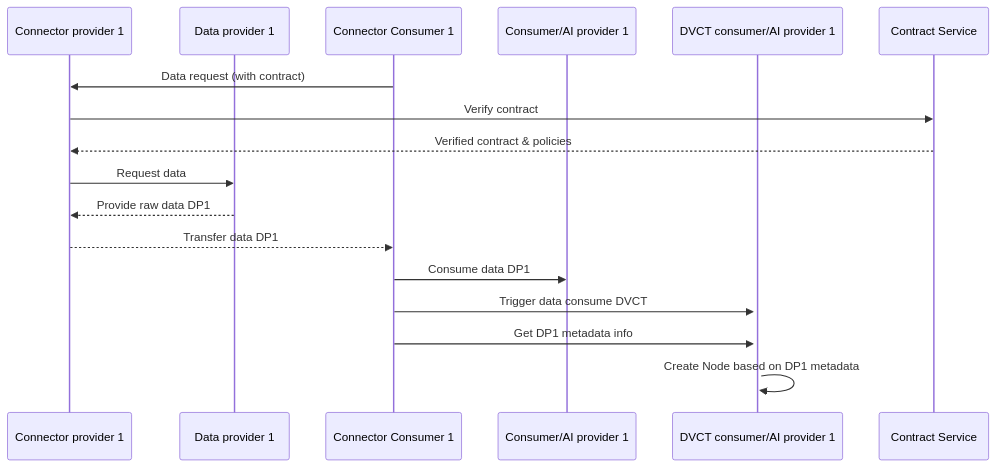
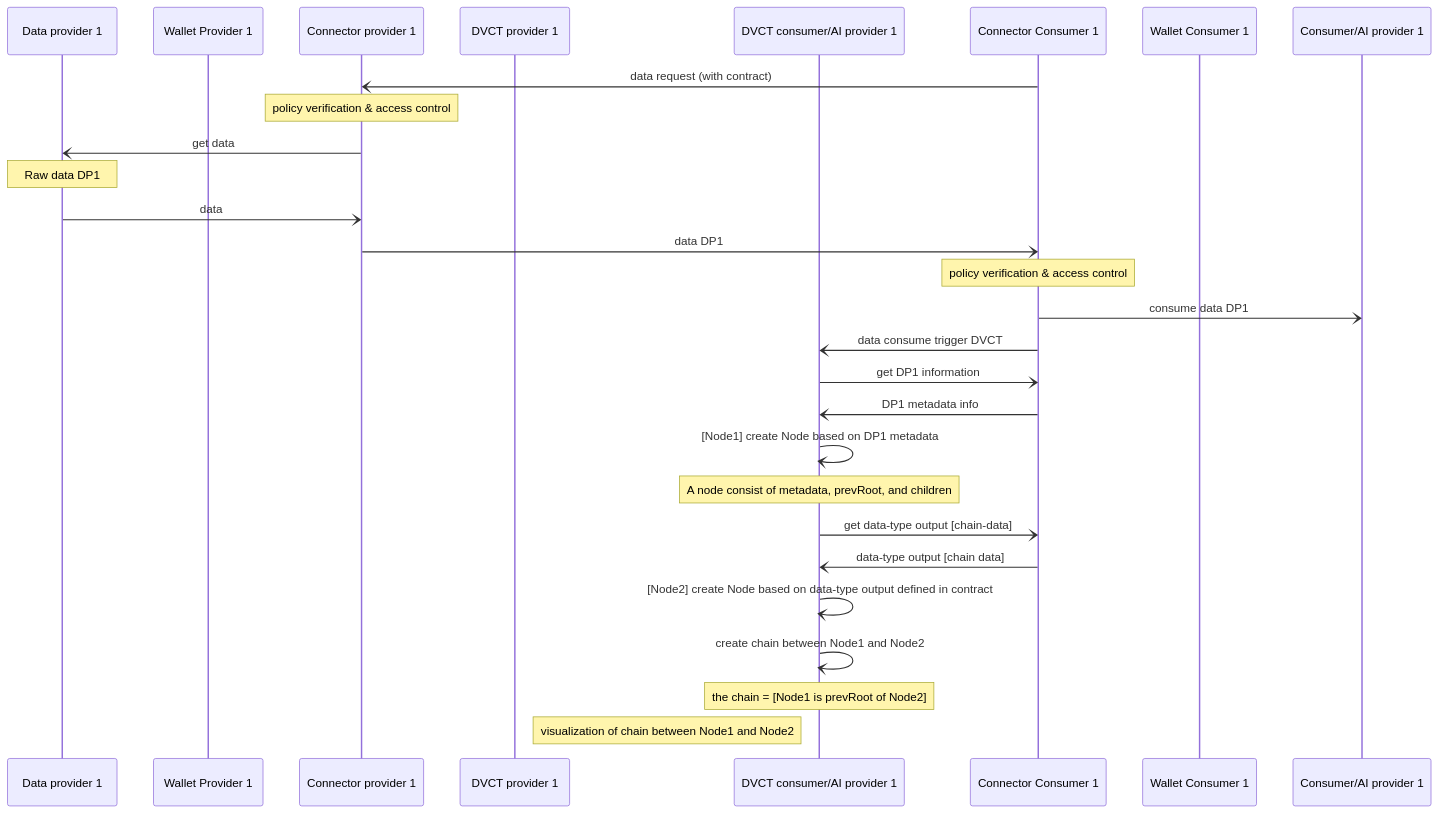
One commit to Prometheus-X-association/data-value-chain-tracker changed the fifth of 6 diagrams in docs/design-document.md. Above: the diagram before and after it, drawn with Mermaid. The commit also changed other lines of this file, not shown here.

Commit message:
#18 refine sequence diagrams: Update design-document.md

````diff
--- a/docs/design-document.md
+++ b/docs/design-document.md
@@ -710,21 +745,34 @@
 ```mermaid
 sequenceDiagram
+    participant dp1 as Data provider 1
+    participant dw-p1 as Wallet Provider 1
     participant pc1 as Connector provider 1
-    participant dp1 as Data provider 1
+    participant dvct-p1 as DVCT provider 1
+
+    participant dvct-c1 as DVCT consumer/AI provider 1
     participant cc1 as Connector Consumer 1
+    participant dw-c1 as Wallet Consumer 1
     participant c1 as Consumer/AI provider 1
-    participant dvct-c1 as DVCT consumer/AI provider 1
-    participant cot as Contract Service
 
-    cc1 ->> pc1: Data request (with contract)
-    pc1 ->> cot: Verify contract
-    cot -->> pc1: Verified contract & policies
-    pc1 ->> dp1: Request data
-    dp1 -->> pc1: Provide raw data DP1
-    pc1 -->> cc1: Transfer data DP1
-    cc1 ->> c1: Consume data DP1
-    cc1 ->>+ dvct-c1: Trigger data consume DVCT
-    cc1 ->> dvct-c1: Get DP1 metadata info
-    dvct-c1 ->> dvct-c1: Create Node based on DP1 metadata
+    cc1 -) pc1: data request (with contract)
+    Note over pc1: policy verification & access control
+    pc1 -) dp1: get data
+    Note over dp1: Raw data DP1
+    dp1 -) pc1: data
+    pc1 -) cc1: data DP1
+    Note over cc1: policy verification & access control
+    cc1 -) c1: consume data DP1
+
+    cc1 -) dvct-c1: data consume trigger DVCT
+    dvct-c1 -) cc1: get DP1 information
+    cc1 -) dvct-c1: DP1 metadata info
+    dvct-c1 -) dvct-c1: [Node1] create Node based on DP1 metadata
+    Note over dvct-c1: A node consist of metadata, prevRoot, and children
+    dvct-c1 -) cc1: get data-type output [chain-data]
+    cc1 -) dvct-c1: data-type output [chain data]
+    dvct-c1 -) dvct-c1: [Node2] create Node based on data-type output defined in contract
+    dvct-c1 -) dvct-c1: create chain between Node1 and Node2
+    Note over dvct-c1: the chain = [Node1 is prevRoot of Node2]
+    Note left of dvct-c1: visualization of chain between Node1 and Node2
 
 ```
````
